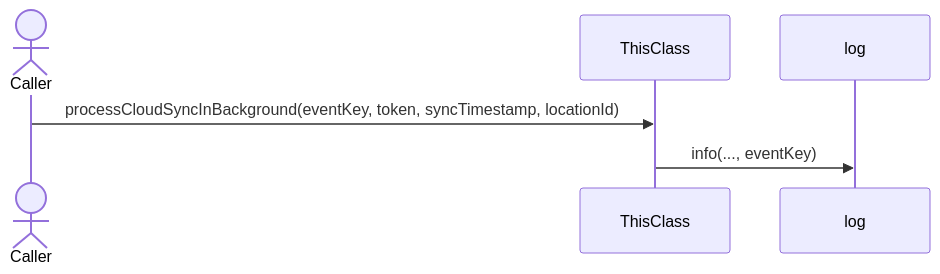
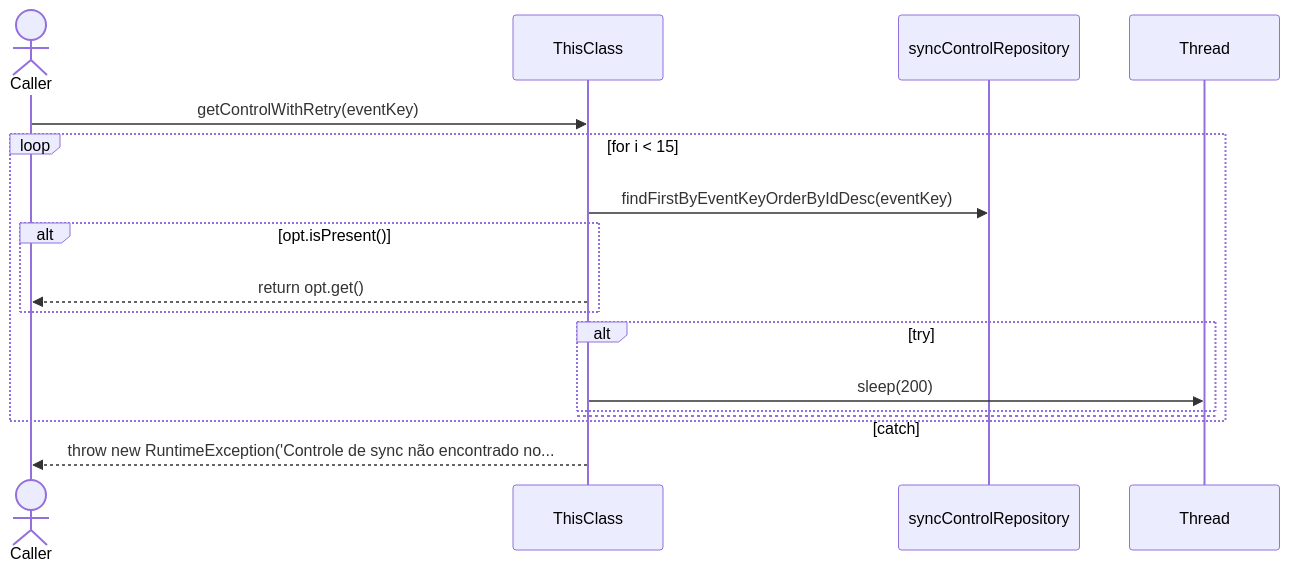
One commit to FelipeMCassiano/geanky changed the ninth of 16 diagrams in docs/CloudSyncUploadService.md. Above: the diagram before and after it, drawn with Mermaid. The commit also changed other lines of this file and 18 other files, not shown here.

````diff
--- a/docs/CloudSyncUploadService.md
+++ b/docs/CloudSyncUploadService.md
@@ -704,10 +665,21 @@
 ```mermaid
 sequenceDiagram
     actor Caller
     participant ThisClass
 
-    Caller->>ThisClass: processCloudSyncInBackground(eventKey, token, syncTimestamp, locationId)
-    participant log
-    ThisClass->>log: info(..., eventKey)
+    Caller->>ThisClass: getControlWithRetry(eventKey)
+    loop for i < 15
+    participant syncControlRepository
+    ThisClass->>syncControlRepository: findFirstByEventKeyOrderByIdDesc(eventKey)
+    alt opt.isPresent()
+    ThisClass-->>Caller: return opt.get()
+    end
+    alt try
+    participant Thread
+    ThisClass->>Thread: sleep(200)
+    else catch 
+    end
+    end
+    ThisClass-->>Caller: throw new RuntimeException('Controle de sync não encontrado no...
 
 ```
````
